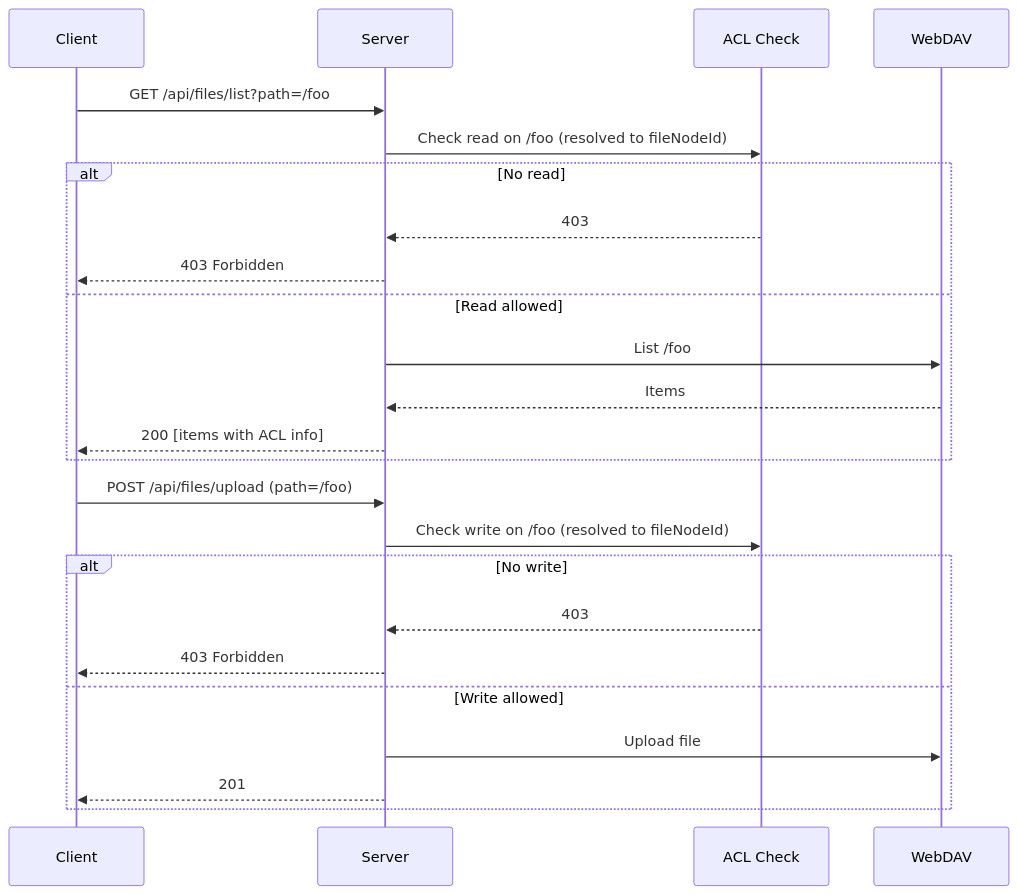
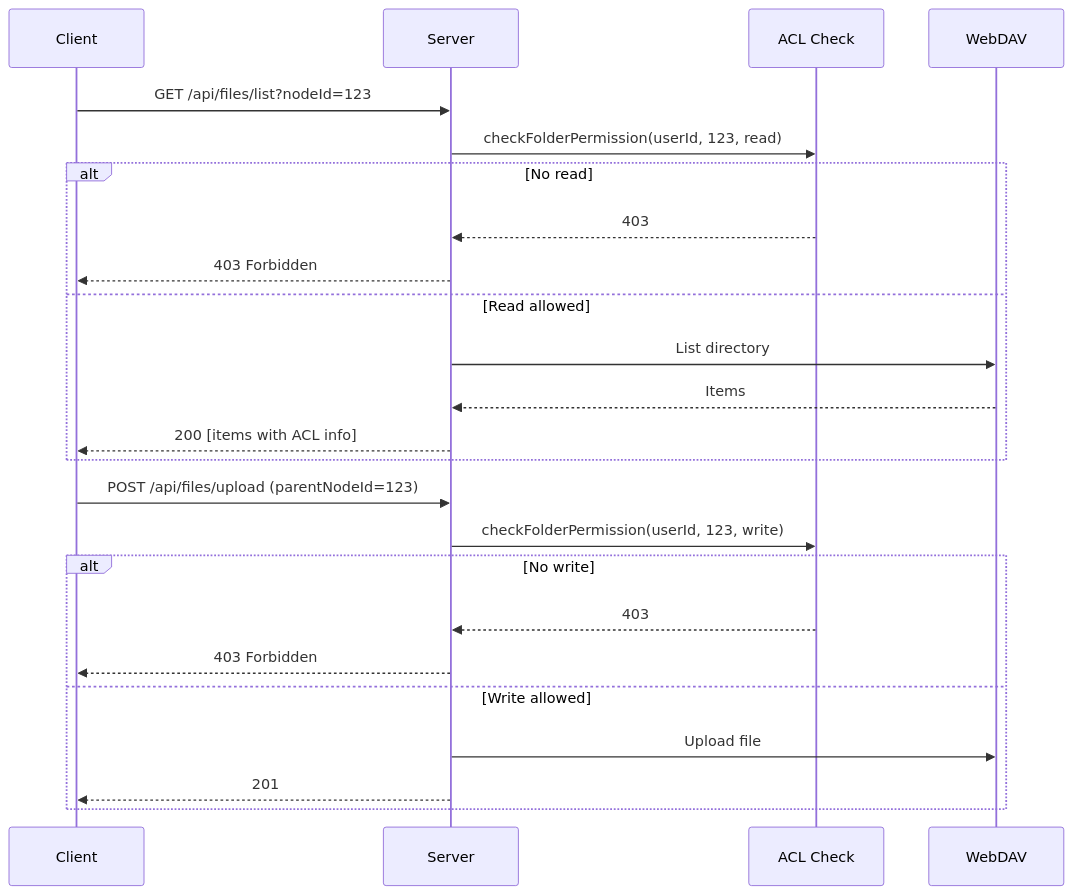
One commit to rct3232/webdav-easyaccess changed the first of 2 diagrams in docs/features/files-sharing.md. Above: the diagram before and after it, drawn with Mermaid. The commit also changed other lines of this file and 30 other files, not shown here.

````diff
--- a/docs/features/files-sharing.md
+++ b/docs/features/files-sharing.md
@@ -113,28 +117,28 @@
 ```mermaid
 sequenceDiagram
     participant C as Client
     participant S as Server
     participant ACL as ACL Check
     participant W as WebDAV
 
-    C->>S: GET /api/files/list?path=/foo
-    S->>ACL: Check read on /foo (resolved to fileNodeId)
+    C->>S: GET /api/files/list?nodeId=123
+    S->>ACL: checkFolderPermission(userId, 123, read)
     alt No read
         ACL-->>S: 403
         S-->>C: 403 Forbidden
     else Read allowed
-        S->>W: List /foo
+        S->>W: List directory
         W-->>S: Items
         S-->>C: 200 [items with ACL info]
     end
 
-    C->>S: POST /api/files/upload (path=/foo)
-    S->>ACL: Check write on /foo (resolved to fileNodeId)
+    C->>S: POST /api/files/upload (parentNodeId=123)
+    S->>ACL: checkFolderPermission(userId, 123, write)
     alt No write
         ACL-->>S: 403
         S-->>C: 403 Forbidden
     else Write allowed
         S->>W: Upload file
         S-->>C: 201
     end
 ```
````
